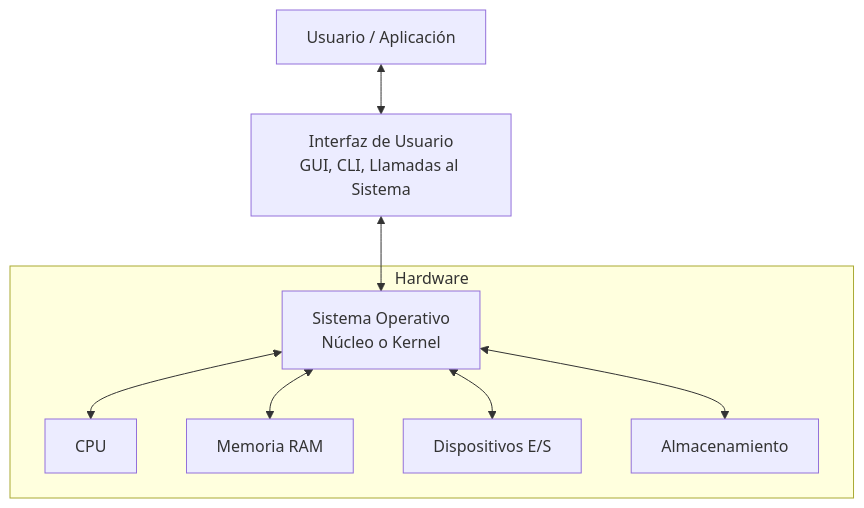
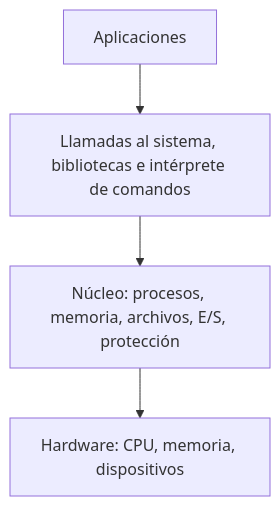
Before and after one commit to djaimej/computer-science-template: the diagram in public/documents/semester-6/3/6311.md, drawn with Mermaid. The commit also changed other lines of this file and 3 other files, not shown here.

````diff
--- a/public/documents/semester-6/3/6311.md
+++ b/public/documents/semester-6/3/6311.md
@@ -22,12 +20,6 @@
 ```mermaid
 flowchart TD
-    A[Usuario / Aplicación] <--> B[Interfaz de Usuario<br>GUI, CLI, Llamadas al Sistema]
-    B <--> C[Sistema Operativo<br>Núcleo o Kernel]
-
-    subgraph H [Hardware]
-        C <--> D[CPU]
-        C <--> E[Memoria RAM]
-        C <--> F[Dispositivos E/S]
-        C <--> G[Almacenamiento]
-    end
+    A["Aplicaciones"] --> B["Llamadas al sistema, bibliotecas e intérprete de comandos"]
+    B --> C["Núcleo: procesos, memoria, archivos, E/S, protección"]
+    C --> D["Hardware: CPU, memoria, dispositivos"]
 ```
````
